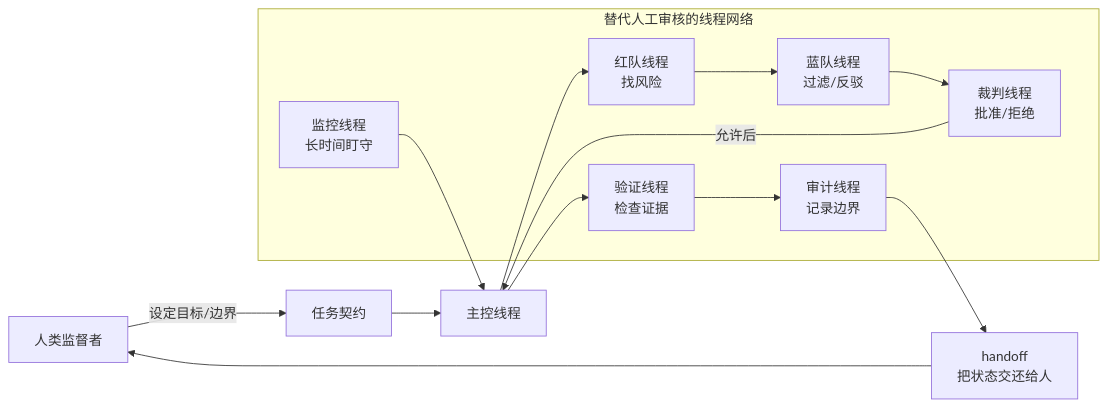
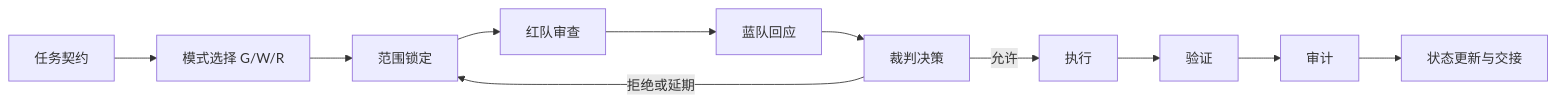
The first of 3 diagrams in README.md (pigeon-flower/multi-thread-generative-governance-skill), drawn with Mermaid before and after one commit. The commit also changed other lines of this file and 21 other files, not shown here.

````diff
--- a/README.md
+++ b/README.md
@@ -19,21 +25,13 @@
 ```mermaid
 flowchart LR
-    Human["人类监督者"] -->|设定目标/边界| Contract["任务契约"]
-    Contract --> Main["主控线程"]
-
-    subgraph Agents["替代人工审核的线程网络"]
-        Red["红队线程<br/>找风险"]
-        Blue["蓝队线程<br/>过滤/反驳"]
-        Judge["裁判线程<br/>批准/拒绝"]
-        Val["验证线程<br/>检查证据"]
-        Audit["审计线程<br/>记录边界"]
-        Watch["监控线程<br/>长时间盯守"]
-    end
-
-    Main --> Red --> Blue --> Judge
-    Judge -->|允许后| Main
-    Main --> Val --> Audit
-    Watch --> Main
-    Audit --> Handoff["handoff<br/>把状态交还给人"]
-    Handoff --> Human
+    A["任务契约"] --> B["模式选择 G/W/R"]
+    B --> C["范围锁定"]
+    C --> D["红队审查"]
+    D --> E["蓝队回应"]
+    E --> F["裁判决策"]
+    F -->|允许| G["执行"]
+    F -->|拒绝或延期| C
+    G --> H["验证"]
+    H --> I["审计"]
+    I --> J["状态更新与交接"]
 ```
````
